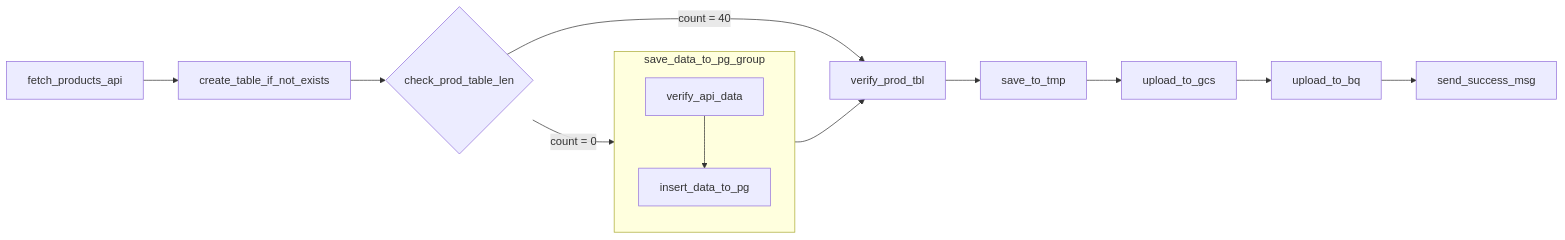
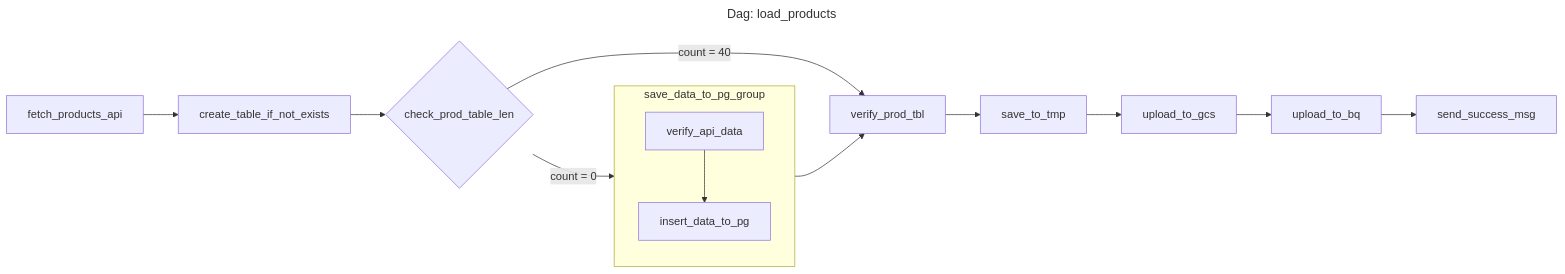
One commit to candychen00/faker-ecom-project__airflow_dbt changed the second of 5 diagrams in airflow/README.md. Above: the diagram before and after it, drawn with Mermaid. The commit also changed other lines of this file and 1 other file, not shown here.

````diff
--- a/airflow/README.md
+++ b/airflow/README.md
@@ -103,15 +105,18 @@
 ```mermaid
+---
+title: "Dag: load_products"
+---
 flowchart LR
     A[fetch_products_api] --> B[create_table_if_not_exists]
     B --> C{check_prod_table_len}
     C -- "count = 0" --> G
     subgraph G[save_data_to_pg_group]
         G1[verify_api_data] --> G2[insert_data_to_pg]
     end
     C -- "count = 40" --> D
     G --> D[verify_prod_tbl]
     D --> E[save_to_tmp]
     E --> F[upload_to_gcs]
     F --> H[upload_to_bq]
     H --> I[send_success_msg]
 ```
````
